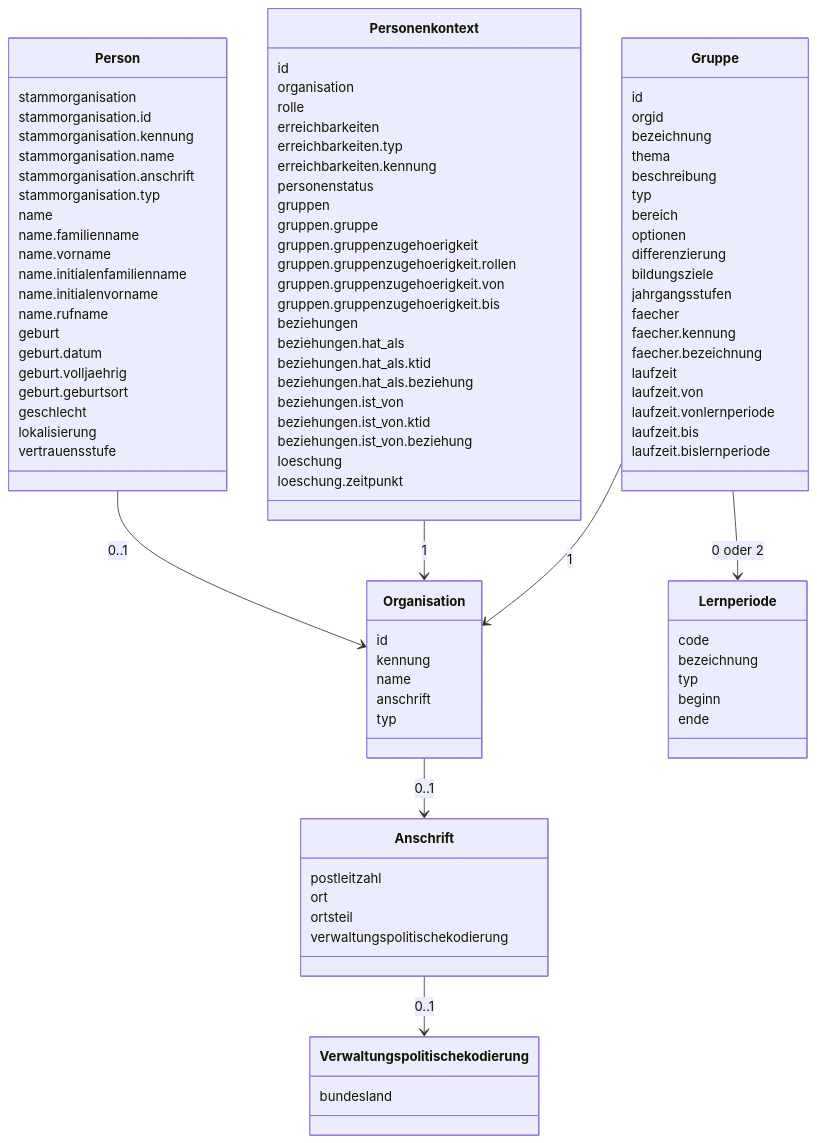
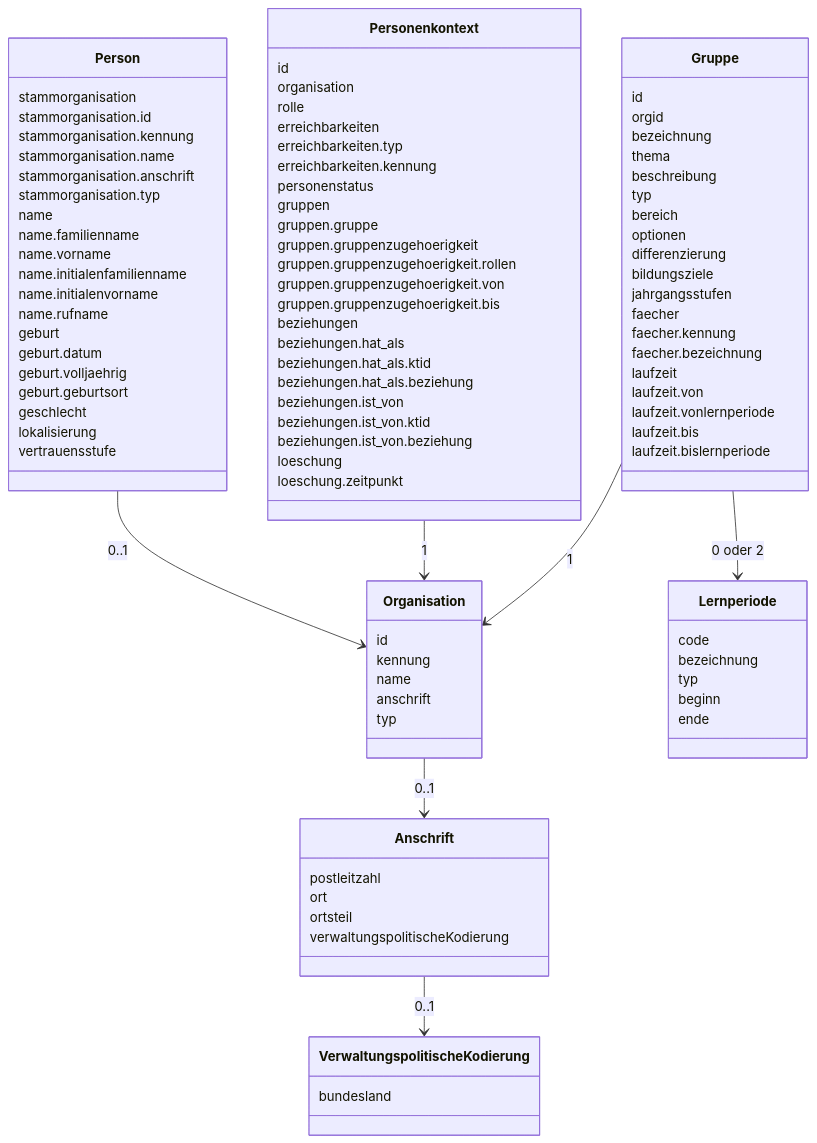
Before and after one commit to Schulconnex/Schulconnex: the diagram in docs/datenmodell-dienste/datenmodell.md, drawn with Mermaid. The commit also changed 5 other files, not shown here.

```diff
--- a/docs/datenmodell-dienste/datenmodell.md
+++ b/docs/datenmodell-dienste/datenmodell.md
@@ -35,7 +35,7 @@
   Person --> Organisation : 0..1
   Personenkontext --> Organisation : 1
   Organisation --> Anschrift : 0..1
-  Anschrift --> Verwaltungspolitischekodierung : 0..1
+  Anschrift --> VerwaltungspolitischeKodierung : 0..1
   Gruppe --> Organisation : 1
   Gruppe --> Lernperiode : 0 oder 2
   class Person {
@@ -94,9 +94,9 @@
     postleitzahl
     ort
     ortsteil
-    verwaltungspolitischekodierung
+    verwaltungspolitischeKodierung
   }
-  class Verwaltungspolitischekodierung {
+  class VerwaltungspolitischeKodierung {
     bundesland
   }
   class Gruppe {
```
